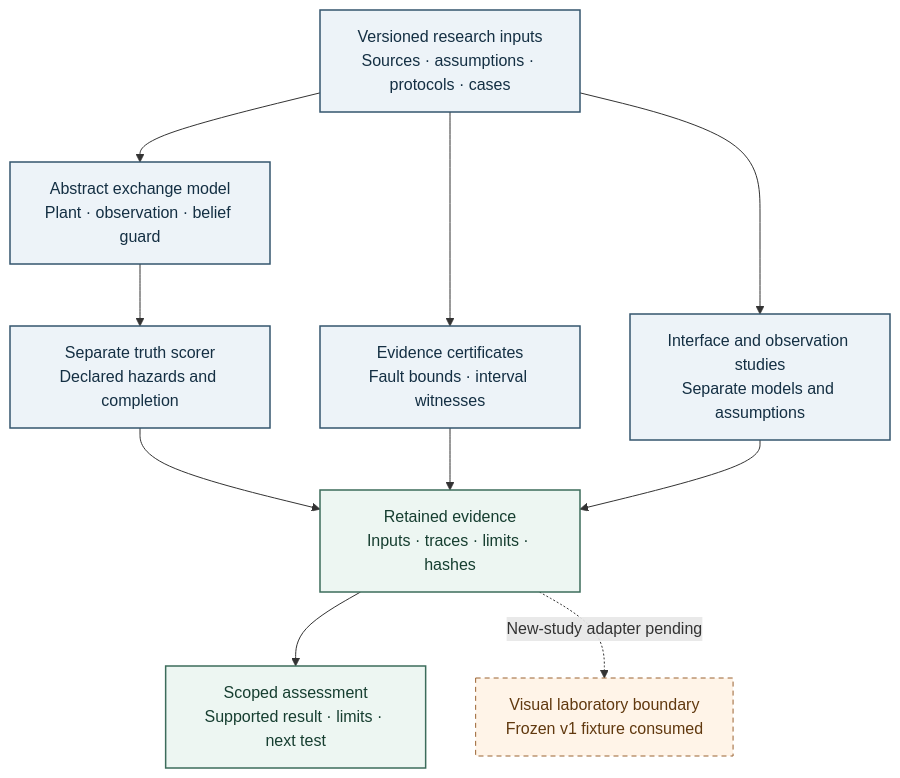
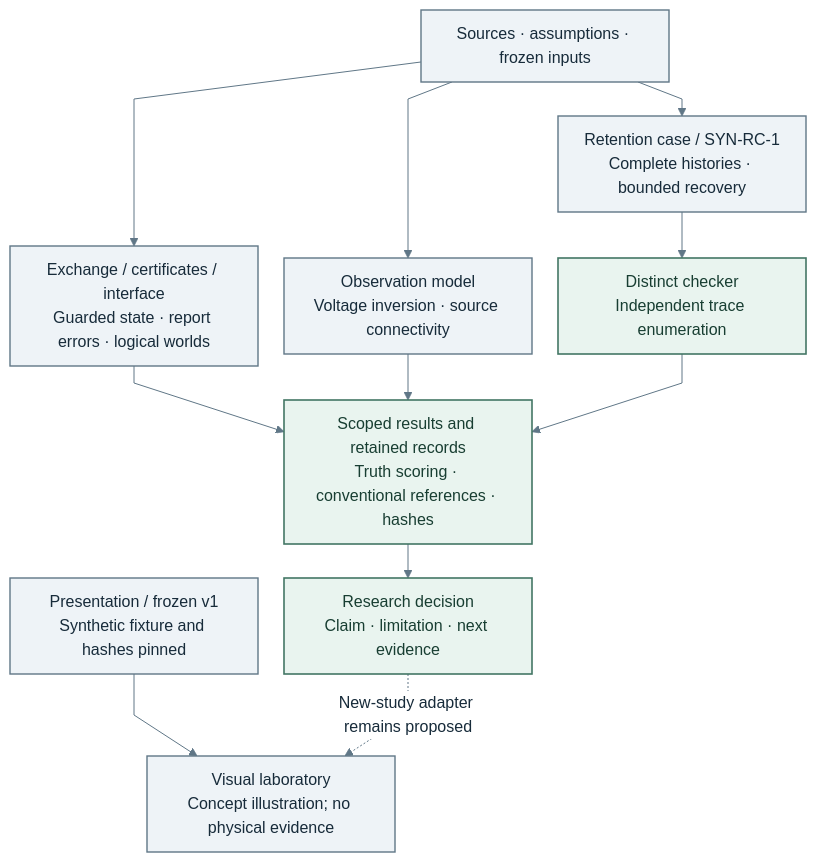
Before and after one commit to manfromnowhere143/cartan: the second of 4 diagrams in README.md, drawn with Mermaid. The commit also changed other lines of this file and 51 other files, not shown here.

Commit message:
Update research story, diagrams and integrated continuation records

````diff
--- a/README.md
+++ b/README.md
@@ -82,21 +125,45 @@
 ```mermaid
+---
+config:
+  theme: base
+  look: classic
+  fontFamily: Arial
+  themeVariables:
+    fontFamily: Arial
+    fontSize: 16px
+    primaryColor: "#eef3f7"
+    primaryTextColor: "#172b3a"
+    primaryBorderColor: "#607787"
+    lineColor: "#607787"
+    clusterBkg: "#f8fafc"
+    clusterBorder: "#c6d1da"
+    edgeLabelBackground: "#ffffff"
+  flowchart:
+    curve: linear
+    nodeSpacing: 26
+    rankSpacing: 34
+    padding: 12
+    htmlLabels: true
+---
 flowchart TB
-    accTitle: Implemented research architecture and UI boundary
-    accDescr: Separate exchange, certificate, interface and observation studies retain evidence for scoped assessment. The exchange model has separate truth scoring. New analytical studies still need a reviewed UI adapter.
-    A["Versioned research inputs<br/>Sources · assumptions · protocols · cases"]
-    A --> X["Abstract exchange model<br/>Plant · observation · belief guard"]
-    A --> C["Evidence certificates<br/>Fault bounds · interval witnesses"]
-    A --> I["Interface and observation studies<br/>Separate models and assumptions"]
-    X --> O["Separate truth scorer<br/>Declared hazards and completion"]
-    O --> R["Retained evidence<br/>Inputs · traces · limits · hashes"]
-    C --> R
-    I --> R
-    R --> D["Scoped assessment<br/>Supported result · limits · next test"]
-    R -. "New-study adapter pending" .-> U["Visual laboratory boundary<br/>Frozen v1 fixture consumed"]
-    classDef implemented fill:#edf3f8,stroke:#34566e,color:#142f43,stroke-width:1.5px;
-    classDef record fill:#edf6f2,stroke:#3c6c5b,color:#163e30,stroke-width:1.5px;
-    classDef proposed fill:#fff4e8,stroke:#9a6230,color:#61390f,stroke-dasharray:5 4;
-    class A,X,C,I,O implemented;
-    class R,D record;
-    class U proposed;
+    accTitle: Five offline research paths and a separate presentation contract
+    accDescr: Sources and frozen assumptions feed separate exchange, certificate, interface, observation and retention studies. Independent checks support scoped results. The visual laboratory consumes only frozen synthetic contract v1; newer study adapters are not implemented.
+    A["Sources · assumptions · frozen inputs"]
+    A --> B["Exchange / certificates / interface<br/>Guarded state · report errors · logical worlds"]
+    A --> O["Observation model<br/>Voltage inversion · source connectivity"]
+    A --> R["Retention case / SYN-RC-1<br/>Complete histories · bounded recovery"]
+    B --> E["Scoped results and retained records<br/>Truth scoring · conventional references · hashes"]
+    O --> E
+    R --> K["Distinct checker<br/>Independent trace enumeration"]
+    K --> E
+    E --> D["Research decision<br/>Claim · limitation · next evidence"]
+    V["Presentation / frozen v1<br/>Synthetic fixture and hashes pinned"] --> U["Visual laboratory<br/>Concept illustration; no physical evidence"]
+    D -. "New-study adapter remains proposed" .-> U
+    classDef model fill:#eef3f7,stroke:#607787,color:#172b3a,stroke-width:1.4px;
+    classDef evidence fill:#e9f4ef,stroke:#417563,color:#183e32,stroke-width:1.6px;
+    classDef open fill:#fff4e5,stroke:#a67532,color:#5f3d13,stroke-width:1.4px;
+    classDef future fill:#f6f8fa,stroke:#788894,color:#334b5b,stroke-dasharray:5 4;
+    class A,B,O,R,V model;
+    class K,E,D evidence;
+    class U model;
 ```
````
